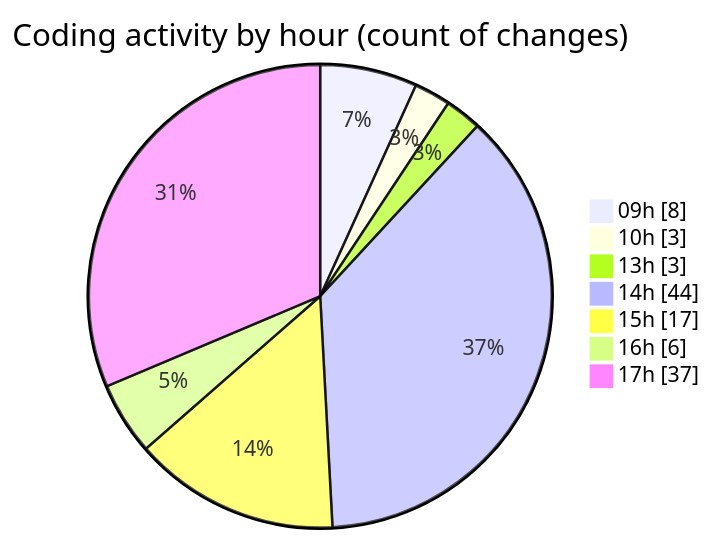
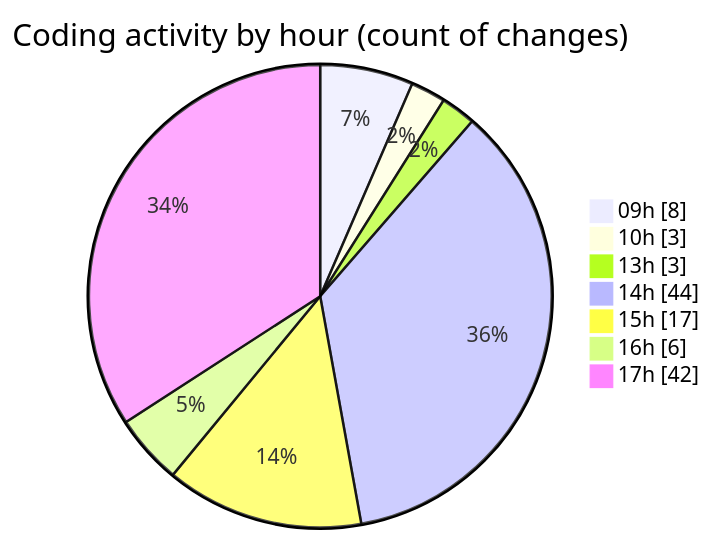
The second of 2 diagrams in 2026-04-09/cda/README.md (momahboobian/code-tracking), drawn with Mermaid before and after one commit. The commit also changed other lines of this file and 1 other file, not shown here.

````diff
--- a/2026-04-09/cda/README.md
+++ b/2026-04-09/cda/README.md
@@ -44,11 +44,11 @@
 ```mermaid
 pie showData
 title Coding activity by hour (count of changes)
 "09h" : 8
 "10h" : 3
 "13h" : 3
 "14h" : 44
 "15h" : 17
 "16h" : 6
-"17h" : 37
+"17h" : 42
 ```
````
